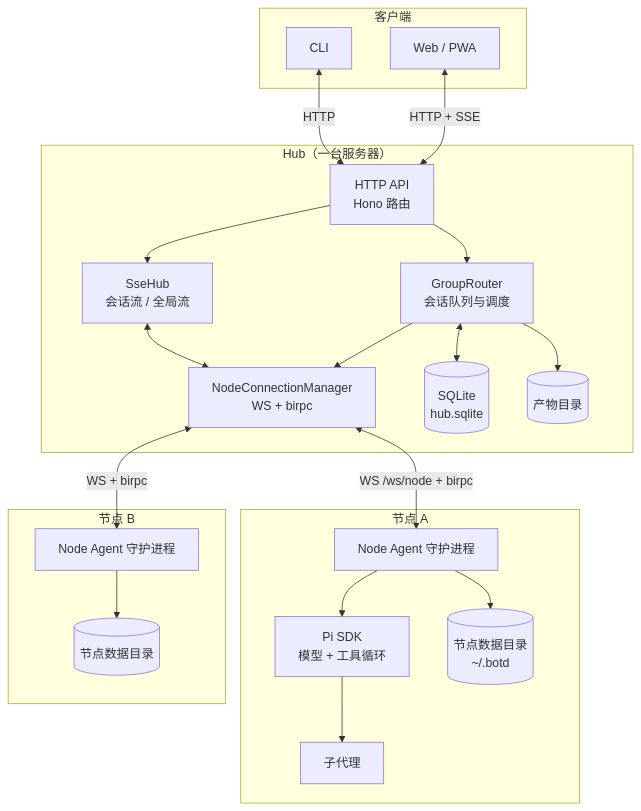
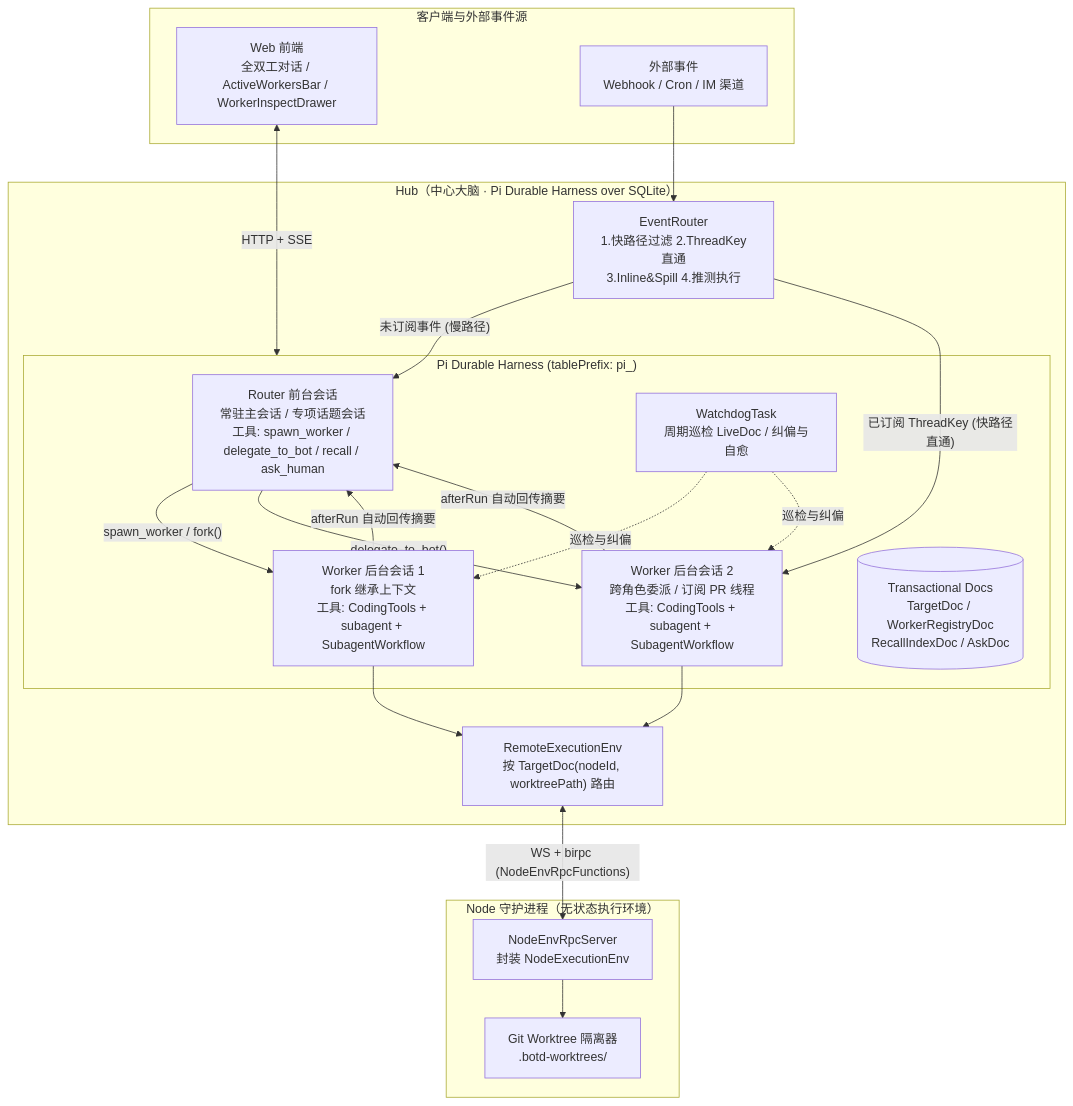
Before and after one commit to team4u/botd: the first of 6 diagrams in docs/architecture.md, drawn with Mermaid. The commit also changed other lines of this file and 3 other files, not shown here.

````diff
--- a/docs/architecture.md
+++ b/docs/architecture.md
@@ -11,40 +11,36 @@
 ```mermaid
 flowchart TB
-    subgraph 客户端
-        Web["Web / PWA"]
-        CLI["CLI"]
-    end
-    subgraph Hub["Hub（一台服务器）"]
-        HTTP["HTTP API<br/>Hono 路由"]
-        SSE["SseHub<br/>会话流 / 全局流"]
-        Router["GroupRouter<br/>会话队列与调度"]
-        WS["NodeConnectionManager<br/>WS + birpc"]
-        DB[("SQLite<br/>hub.sqlite")]
-        ART[("产物目录")]
-    end
-    subgraph NodeA["节点 A"]
-        DA["Node Agent 守护进程"]
-        PA["Pi SDK<br/>模型 + 工具循环"]
-        SA["子代理"]
-        FA[("节点数据目录<br/>~/.botd")]
-    end
-    subgraph NodeB["节点 B"]
-        DB2["Node Agent 守护进程"]
-        FB[("节点数据目录")]
+    subgraph Client["客户端与外部事件源"]
+        Web["Web 前端<br/>全双工对话 / ActiveWorkersBar / WorkerInspectDrawer"]
+        Ext["外部事件<br/>Webhook / Cron / IM 渠道"]
     end
 
-    Web <-->|"HTTP + SSE"| HTTP
-    CLI <-->|"HTTP"| HTTP
-    HTTP --> Router
-    HTTP --> SSE
-    Router --> WS
-    SSE <--> WS
-    Router <--> DB
-    WS <-->|"WS /ws/node + birpc"| DA
-    DA --> PA
-    PA --> SA
-    DA --> FA
-    WS <-->|"WS + birpc"| DB2
-    DB2 --> FB
-    Router --> ART
+    subgraph Hub["Hub（中心大脑 · Pi Durable Harness over SQLite）"]
+        ER["EventRouter<br/>1.快路径过滤 2.ThreadKey直通<br/>3.Inline&Spill 4.推测执行"]
+        subgraph Harness["Pi Durable Harness (tablePrefix: pi_)"]
+            R["Router 前台会话<br/>常驻主会话 / 专项话题会话<br/>工具: spawn_worker / delegate_to_bot / recall / ask_human"]
+            W1["Worker 后台会话 1<br/>fork 继承上下文<br/>工具: CodingTools + subagent + SubagentWorkflow"]
+            W2["Worker 后台会话 2<br/>跨角色委派 / 订阅 PR 线程<br/>工具: CodingTools + subagent + SubagentWorkflow"]
+            WD["WatchdogTask<br/>周期巡检 LiveDoc / 纠偏与自愈"]
+            Docs[("Transactional Docs<br/>TargetDoc / WorkerRegistryDoc<br/>RecallIndexDoc / AskDoc")]
+        end
+        REnv["RemoteExecutionEnv<br/>按 TargetDoc(nodeId, worktreePath) 路由"]
+    end
+
+    subgraph Node["Node 守护进程（无状态执行环境）"]
+        EnvSrv["NodeEnvRpcServer<br/>封装 NodeExecutionEnv"]
+        WT["Git Worktree 隔离器<br/>.botd-worktrees/<workerId>"]
+    end
+
+    Web <-->|"HTTP + SSE"| Harness
+    Ext --> ER
+    ER -->|"未订阅事件 (慢路径)"| R
+    ER -->|"已订阅 ThreadKey (快路径直通)"| W2
+    R -->|"spawn_worker / fork()"| W1
+    R -->|"delegate_to_bot()"| W2
+    W1 & W2 -->|"afterRun 自动回传摘要"| R
+    WD -.->|"巡检与纠偏"| W1 & W2
+    W1 & W2 --> REnv
+    REnv <-->|"WS + birpc (NodeEnvRpcFunctions)"| EnvSrv
+    EnvSrv --> WT
 ```
````
